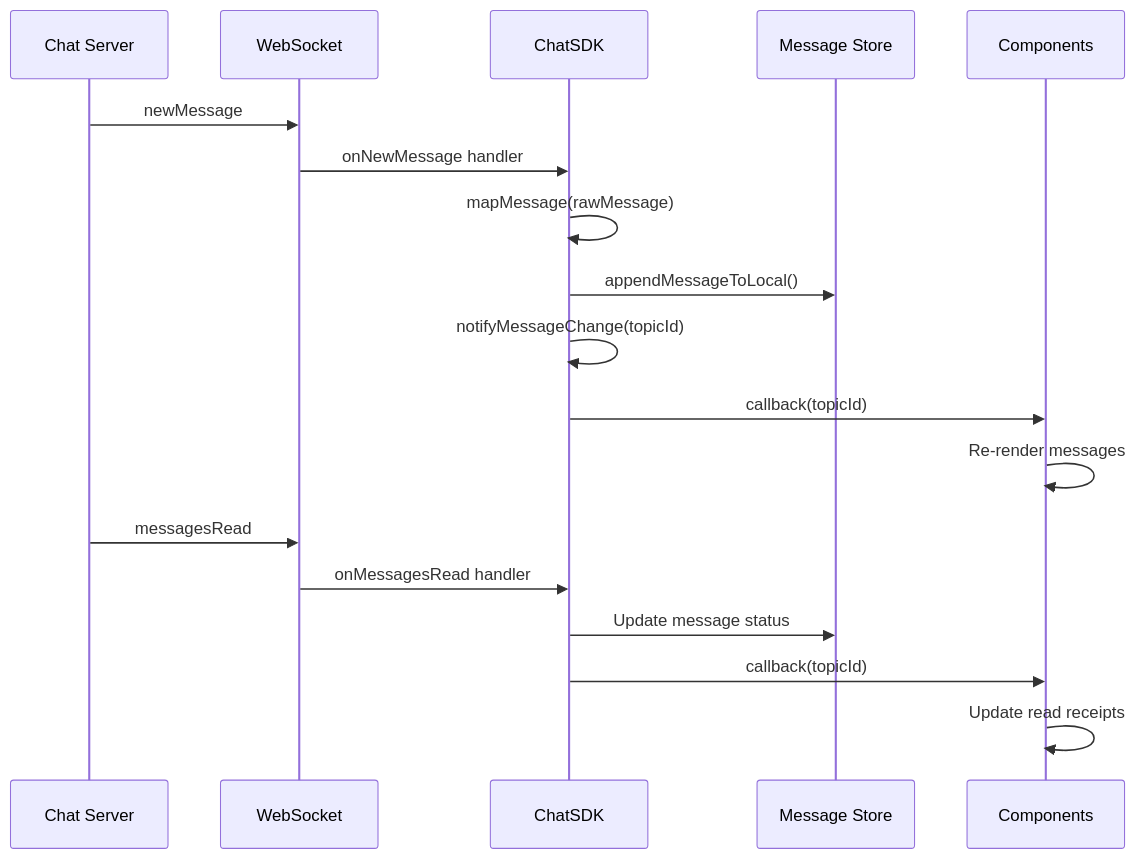
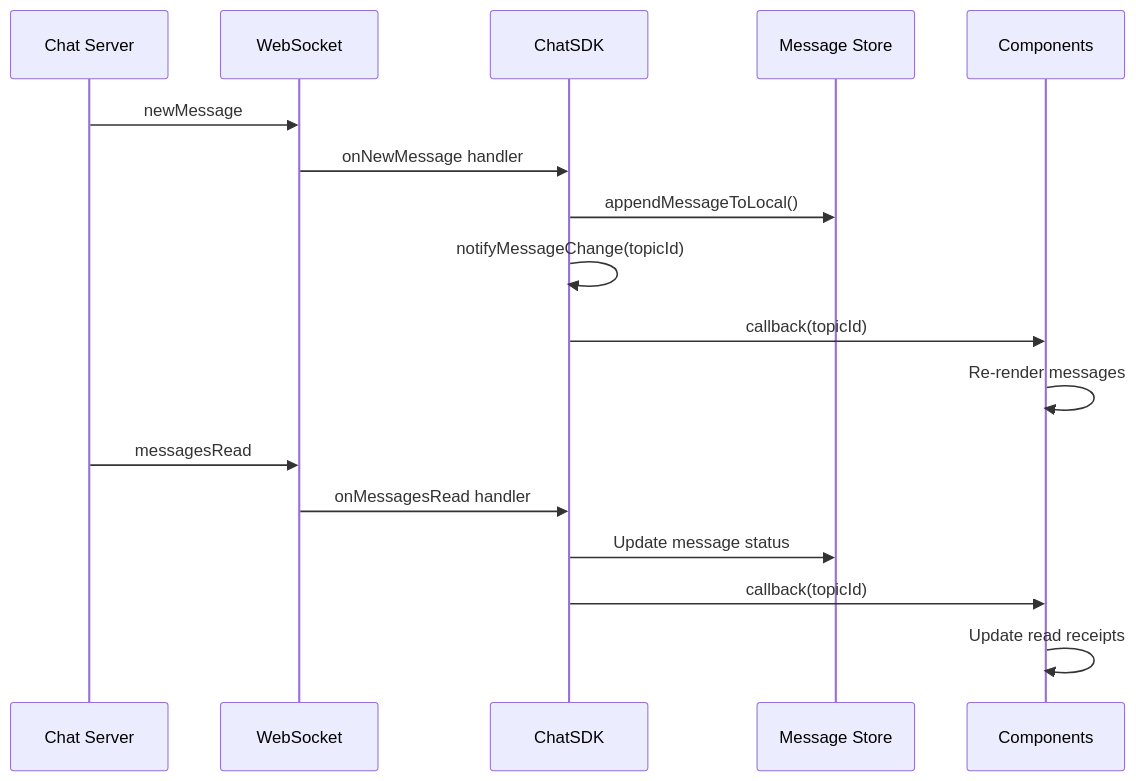
The fifth of 7 diagrams in doc/ARCHITECTURE.md (pksep/chat_client), drawn with Mermaid before and after one commit. The commit also changed 14 other files, not shown here.

````diff
--- a/doc/ARCHITECTURE.md
+++ b/doc/ARCHITECTURE.md
@@ -176,22 +176,21 @@
 ```mermaid
 sequenceDiagram
     participant Server as Chat Server
     participant WS as WebSocket
     participant SDK as ChatSDK
     participant Store as Message Store
     participant UI as Components
 
     Server->>WS: newMessage
     WS->>SDK: onNewMessage handler
-    SDK->>SDK: mapMessage(rawMessage)
     SDK->>Store: appendMessageToLocal()
     SDK->>SDK: notifyMessageChange(topicId)
     SDK->>UI: callback(topicId)
     UI->>UI: Re-render messages
 
     Server->>WS: messagesRead
     WS->>SDK: onMessagesRead handler
     SDK->>Store: Update message status
     SDK->>UI: callback(topicId)
     UI->>UI: Update read receipts
 ```
````
